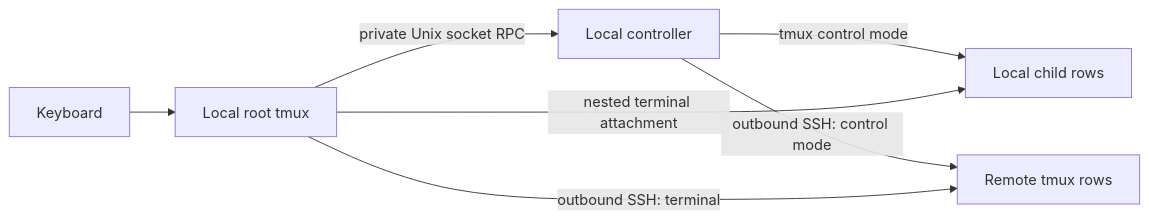
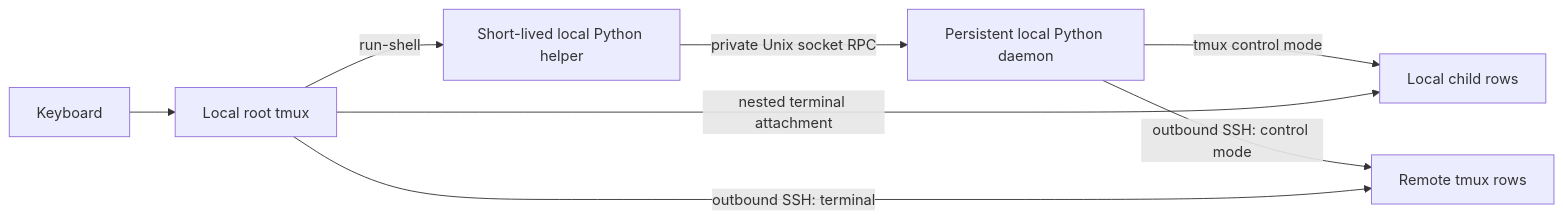
Before and after one commit to revng-claudietto/nested-tmux2: the diagram in docs/design.md, drawn with Mermaid. The commit also changed other lines of this file and 5 other files, not shown here.

````diff
--- a/docs/design.md
+++ b/docs/design.md
@@ -9,9 +9,10 @@
 ```mermaid
 flowchart LR
     K[Keyboard] --> R[Local root tmux]
-    R -- private Unix socket RPC --> C[Local controller]
+    R -- run-shell --> H[Short-lived local Python helper]
+    H -- private Unix socket RPC --> C[Persistent local Python daemon]
     C -- tmux control mode --> L[Local child rows]
     C -- outbound SSH: control mode --> S[Remote tmux rows]
     R -- nested terminal attachment --> L
     R -- outbound SSH: terminal --> S
 ```
````
